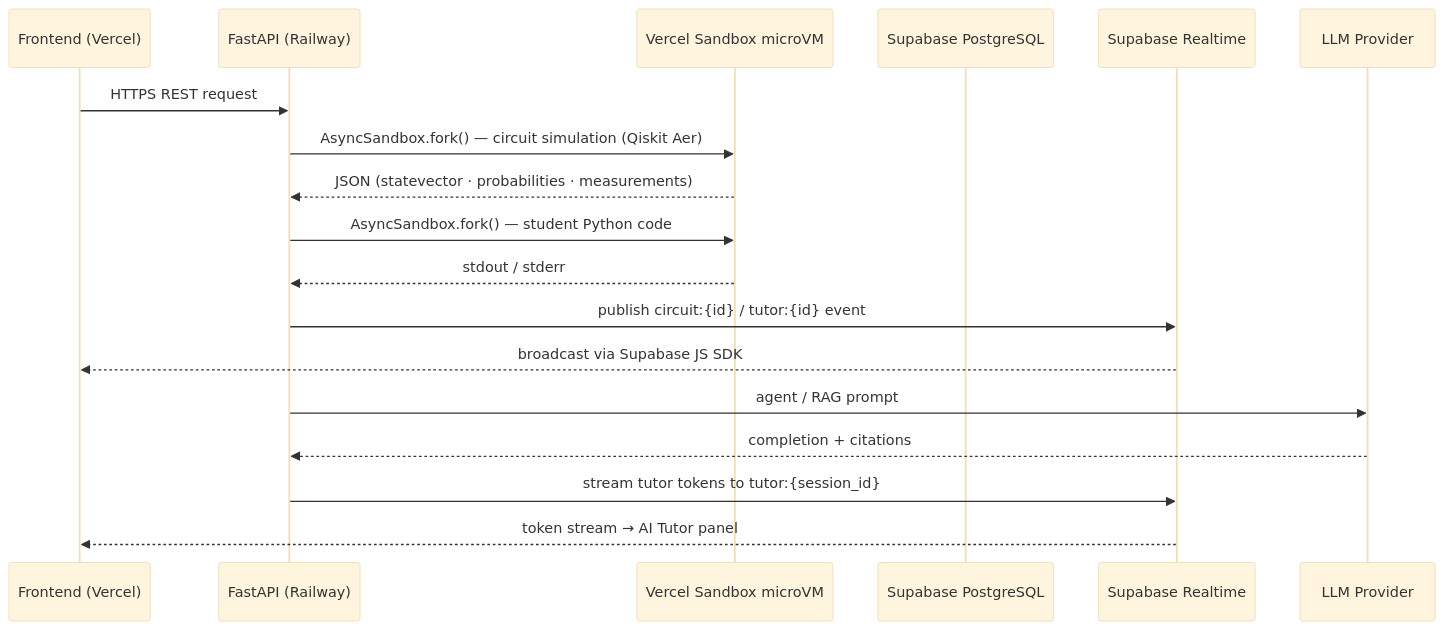
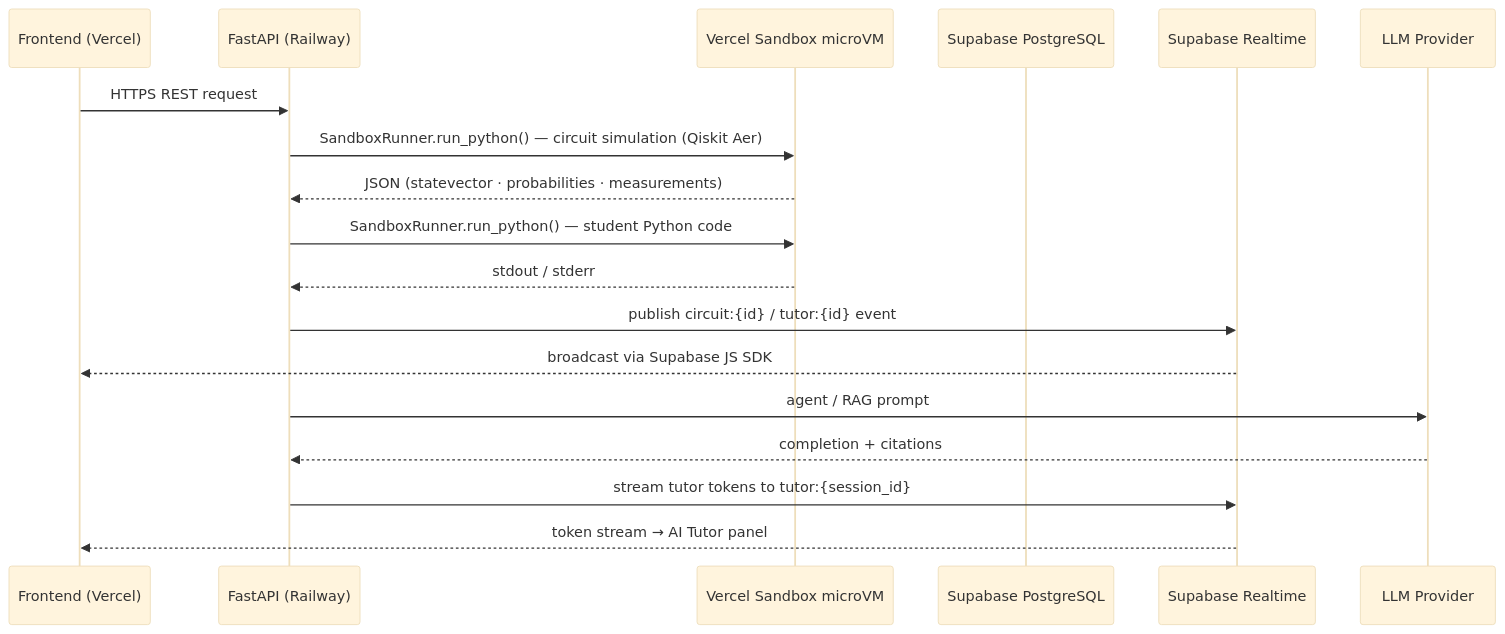
The second of 5 diagrams in Project.md (qphase-ai/Q-Learn), drawn with Mermaid (base theme) before and after one commit. The commit also changed other lines of this file and 21 other files, not shown here.

First line of the commit message:
feat(quantum): wire Qiskit execution to the real Vercel Sandbox SDK

````diff
--- a/Project.md
+++ b/Project.md
@@ -243,21 +243,21 @@
 ```mermaid
 sequenceDiagram
     participant FE as Frontend (Vercel)
     participant API as FastAPI (Railway)
     participant VM as Vercel Sandbox microVM
     participant DB as Supabase PostgreSQL
     participant RT as Supabase Realtime
     participant LLM as LLM Provider
 
     FE->>API: HTTPS REST request
-    API->>VM: AsyncSandbox.fork() — circuit simulation (Qiskit Aer)
+    API->>VM: SandboxRunner.run_python() — circuit simulation (Qiskit Aer)
     VM-->>API: JSON (statevector · probabilities · measurements)
-    API->>VM: AsyncSandbox.fork() — student Python code
+    API->>VM: SandboxRunner.run_python() — student Python code
     VM-->>API: stdout / stderr
     API->>RT: publish circuit:{id} / tutor:{id} event
     RT-->>FE: broadcast via Supabase JS SDK
     API->>LLM: agent / RAG prompt
     LLM-->>API: completion + citations
     API->>RT: stream tutor tokens to tutor:{session_id}
     RT-->>FE: token stream → AI Tutor panel
 ```
````
